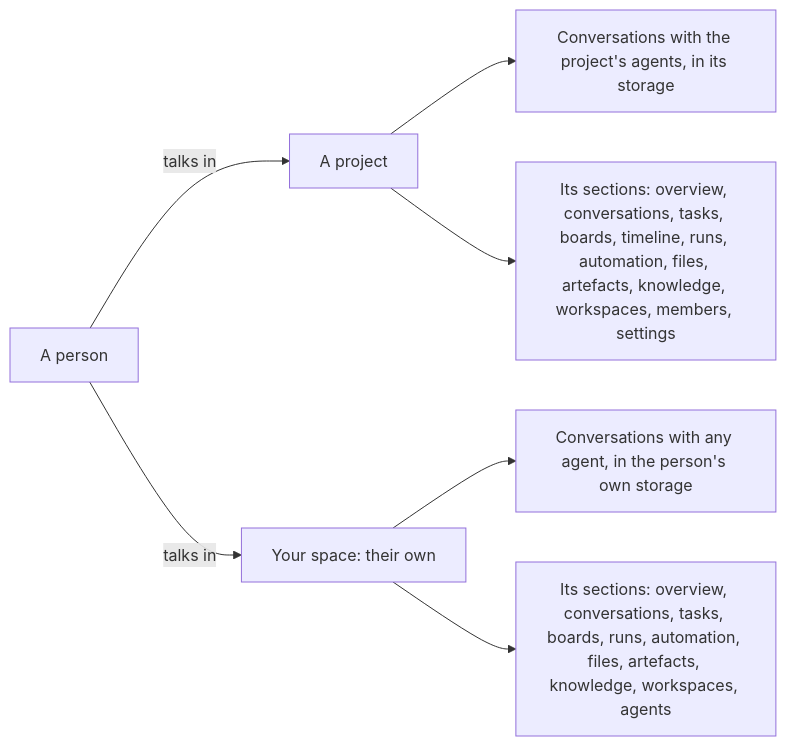
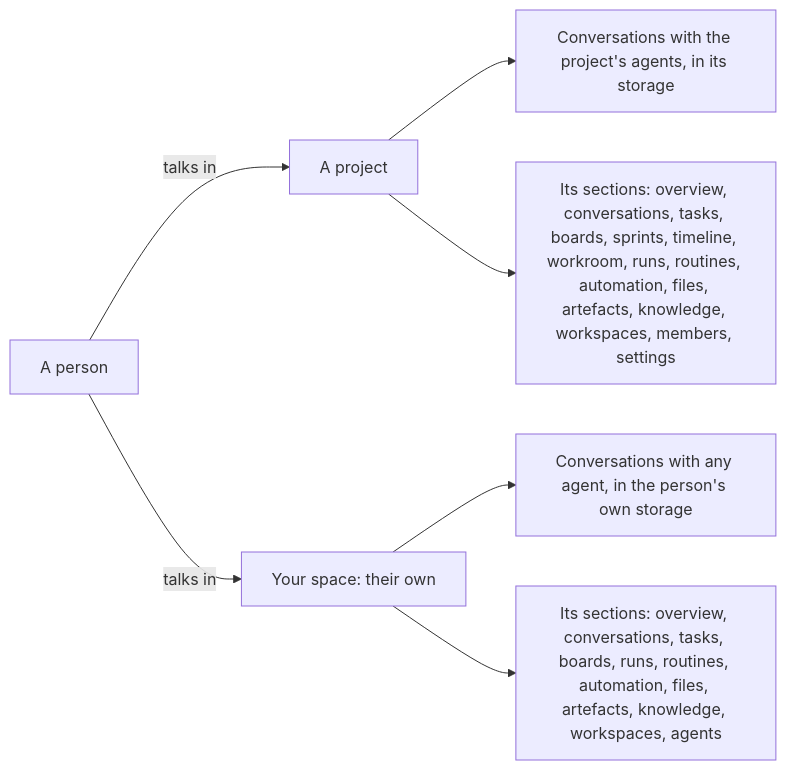
Before and after one commit to solution84-com/agenthix: the diagram in docs/concepts/projects/places.md, drawn with Mermaid. The commit also changed other lines of this file and 60 other files, not shown here.

Commit message:
docs: concepts, user guide and QA stories and scenarios for tasks, runs, boards and routines

````diff
--- a/docs/concepts/projects/places.md
+++ b/docs/concepts/projects/places.md
@@ -7,9 +7,9 @@
 ```mermaid
 flowchart LR
     P["A person"] -->|"talks in"| PRJ["A project"]
     P -->|"talks in"| CHAT["Your space: their own"]
     PRJ --> PC["Conversations with the project's agents, in its storage"]
-    PRJ --> PT["Its sections: overview, conversations, tasks, boards, timeline, runs, automation, files, artefacts, knowledge, workspaces, members, settings"]
+    PRJ --> PT["Its sections: overview, conversations, tasks, boards, sprints, timeline, workroom, runs, routines, automation, files, artefacts, knowledge, workspaces, members, settings"]
     CHAT --> CC["Conversations with any agent, in the person's own storage"]
-    CHAT --> CT["Its sections: overview, conversations, tasks, boards, runs, automation, files, artefacts, knowledge, workspaces, agents"]
+    CHAT --> CT["Its sections: overview, conversations, tasks, boards, runs, routines, automation, files, artefacts, knowledge, workspaces, agents"]
 ```
````
